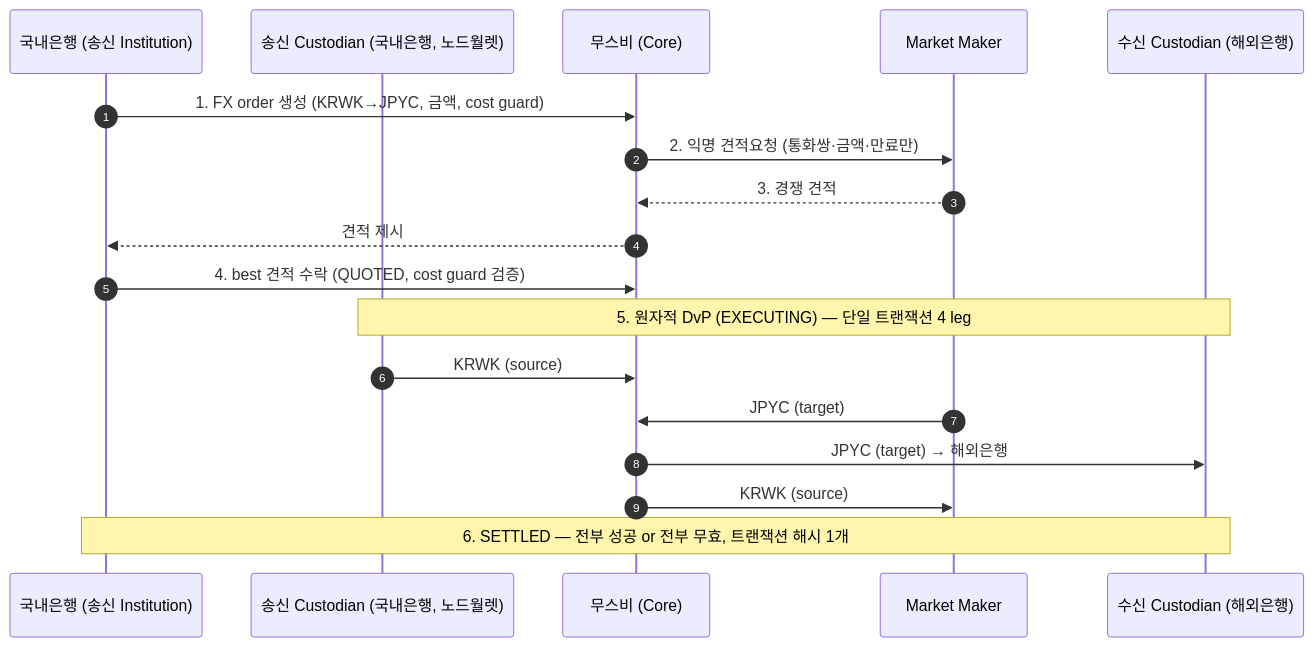
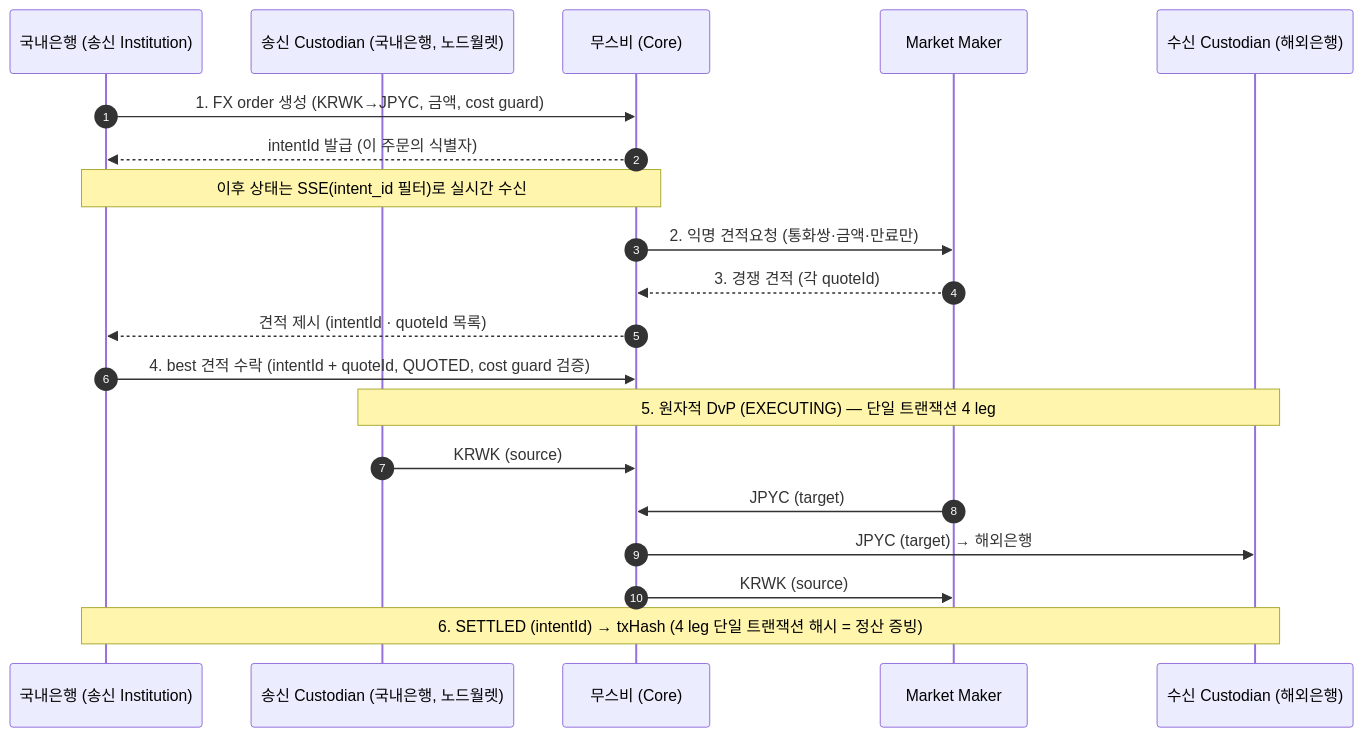
One commit to eunsujeo/canton-docs changed the diagram in dev/docs/poc/verification.md. Above: the diagram before and after it, drawn with Mermaid. The commit also changed 3 other files, not shown here.

First line of the commit message:
docs(poc): 시퀀스·필드에 식별자 추가(intentId·quoteId·txHash)

````diff
--- a/dev/docs/poc/verification.md
+++ b/dev/docs/poc/verification.md
@@ -102,20 +102,22 @@
 ```mermaid
 sequenceDiagram
     autonumber
     participant I as 국내은행 (송신 Institution)
     participant SC as 송신 Custodian (국내은행, 노드월렛)
     participant V as 무스비 (Core)
     participant MM as Market Maker
     participant RC as 수신 Custodian (해외은행)
     I->>V: 1. FX order 생성 (KRWK→JPYC, 금액, cost guard)
+    V-->>I: intentId 발급 (이 주문의 식별자)
+    Note over I,V: 이후 상태는 SSE(intent_id 필터)로 실시간 수신
     V->>MM: 2. 익명 견적요청 (통화쌍·금액·만료만)
-    MM-->>V: 3. 경쟁 견적
-    V-->>I: 견적 제시
-    I->>V: 4. best 견적 수락 (QUOTED, cost guard 검증)
+    MM-->>V: 3. 경쟁 견적 (각 quoteId)
+    V-->>I: 견적 제시 (intentId · quoteId 목록)
+    I->>V: 4. best 견적 수락 (intentId + quoteId, QUOTED, cost guard 검증)
     Note over SC,RC: 5. 원자적 DvP (EXECUTING) — 단일 트랜잭션 4 leg
     SC->>V: KRWK (source)
     MM->>V: JPYC (target)
     V->>RC: JPYC (target) → 해외은행
     V->>MM: KRWK (source)
-    Note over I,RC: 6. SETTLED — 전부 성공 or 전부 무효, 트랜잭션 해시 1개
+    Note over I,RC: 6. SETTLED (intentId) → txHash (4 leg 단일 트랜잭션 해시 = 정산 증빙)
 ```
````
